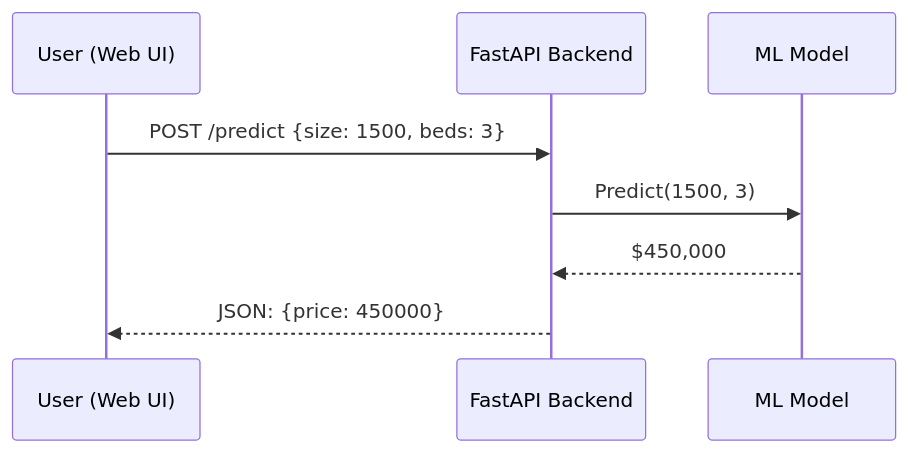
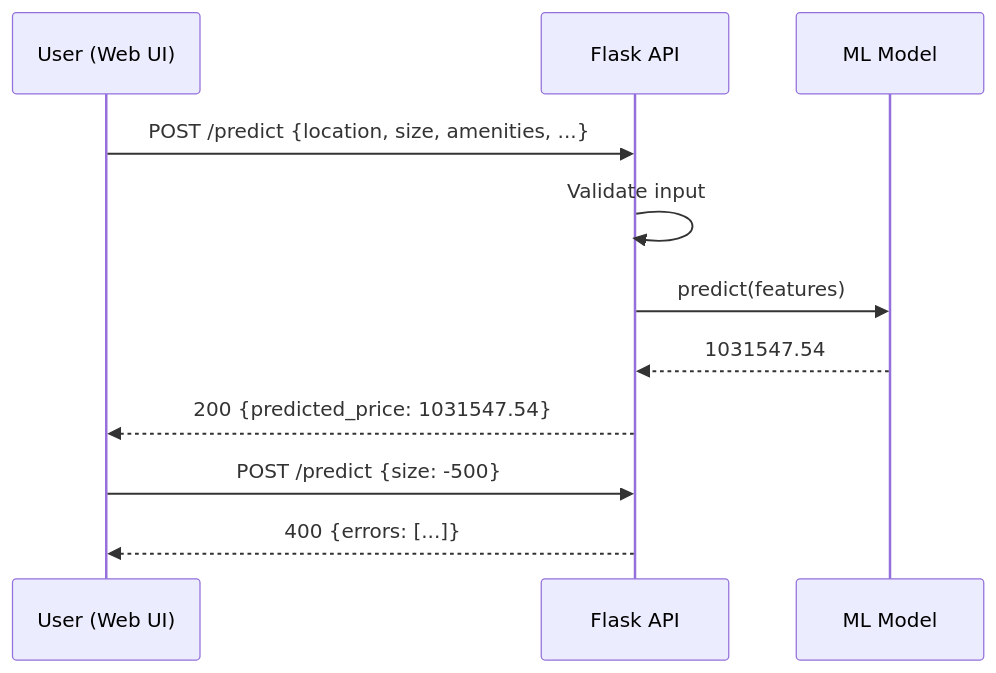
One commit to Web3Dev300/ai-journey changed diagram 17 of 20 in 04_data_science/DATA_SCIENCE_ANSWERS.md. Above: the diagram before and after it, drawn with Mermaid. The commit also changed other lines of this file and 10 other files, not shown here.

````diff
--- a/04_data_science/DATA_SCIENCE_ANSWERS.md
+++ b/04_data_science/DATA_SCIENCE_ANSWERS.md
@@ -834,10 +1234,13 @@
 ```mermaid
 sequenceDiagram
     participant User (Web UI)
-    participant FastAPI Backend
+    participant Flask API
     participant ML Model
-    User (Web UI)->>FastAPI Backend: POST /predict {size: 1500, beds: 3}
-    FastAPI Backend->>ML Model: Predict(1500, 3)
-    ML Model-->>FastAPI Backend: $450,000
-    FastAPI Backend-->>User (Web UI): JSON: {price: 450000}
+    User (Web UI)->>Flask API: POST /predict {location, size, amenities, ...}
+    Flask API->>Flask API: Validate input
+    Flask API->>ML Model: predict(features)
+    ML Model-->>Flask API: 1031547.54
+    Flask API-->>User (Web UI): 200 {predicted_price: 1031547.54}
+    User (Web UI)->>Flask API: POST /predict {size: -500}
+    Flask API-->>User (Web UI): 400 {errors: [...]}
 ```
````
